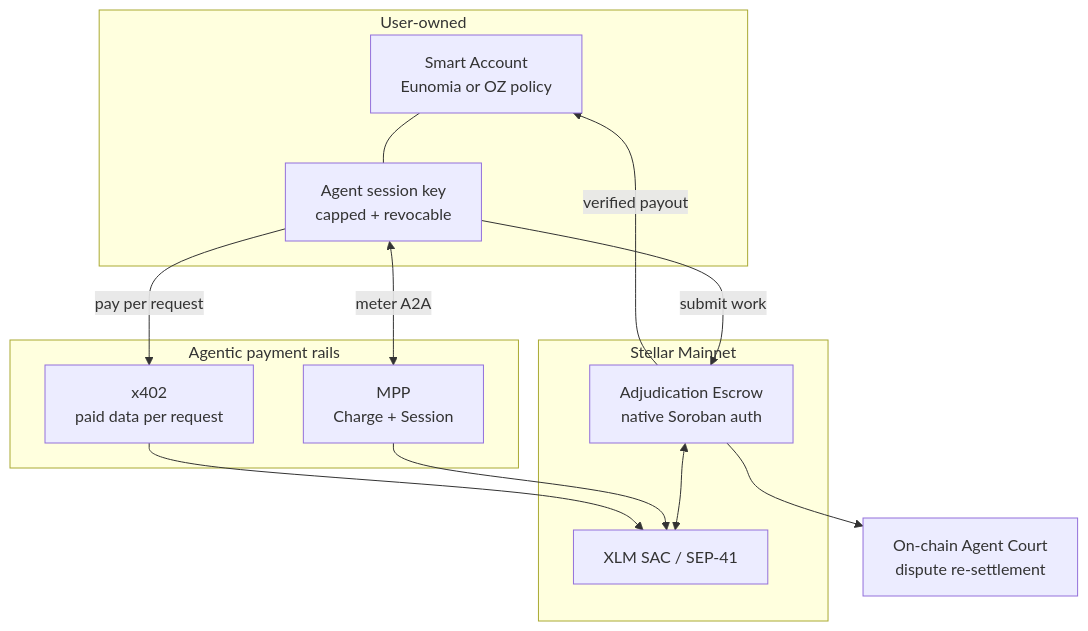
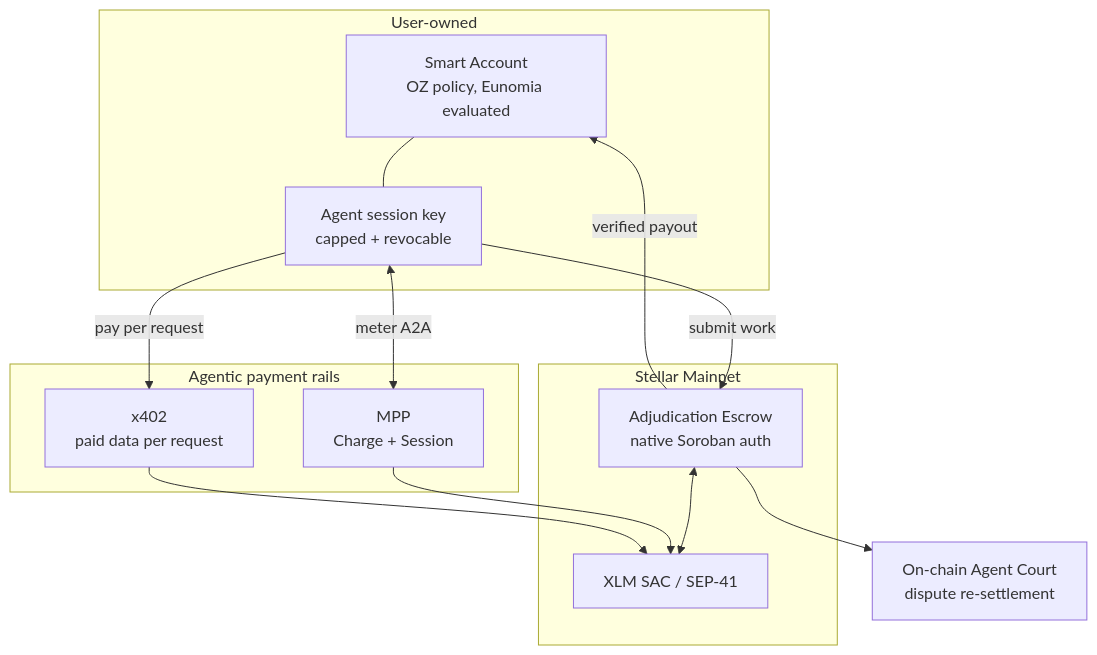
One commit to furkanyesildag/cogladius changed the fourth of 4 diagrams in docs/ARCHITECTURE.md. Above: the diagram before and after it, drawn with Mermaid. The commit also changed other lines of this file and 4 other files, not shown here.

First line of the commit message:
docs: revise the architecture against the SCF #45 voter feedback

````diff
--- a/docs/ARCHITECTURE.md
+++ b/docs/ARCHITECTURE.md
@@ -282,24 +298,24 @@
 ```mermaid
 flowchart TB
     subgraph User["User-owned"]
-        SA[Smart Account<br/>Eunomia or OZ policy]
+        SA[Smart Account<br/>OZ policy, Eunomia evaluated]
         SK[Agent session key<br/>capped + revocable]
         SA --- SK
     end
     subgraph Chain["Stellar Mainnet"]
         E[Adjudication Escrow<br/>native Soroban auth]
         SAC[XLM SAC / SEP-41]
         E <--> SAC
     end
     subgraph Rails["Agentic payment rails"]
         X[x402<br/>paid data per request]
         M[MPP<br/>Charge + Session]
     end
     SK -->|submit work| E
     SK -->|pay per request| X
     SK <-->|meter A2A| M
     M --> SAC
     X --> SAC
     E -->|verified payout| SA
     E --> C[On-chain Agent Court<br/>dispute re-settlement]
 ```
````
